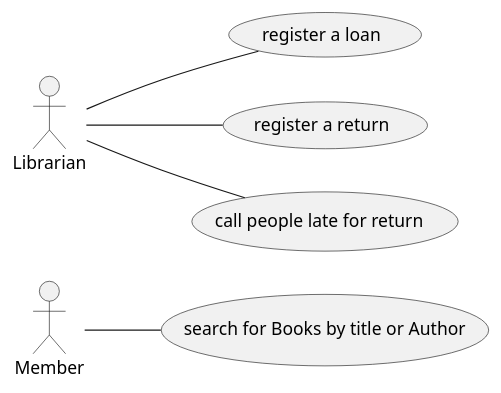
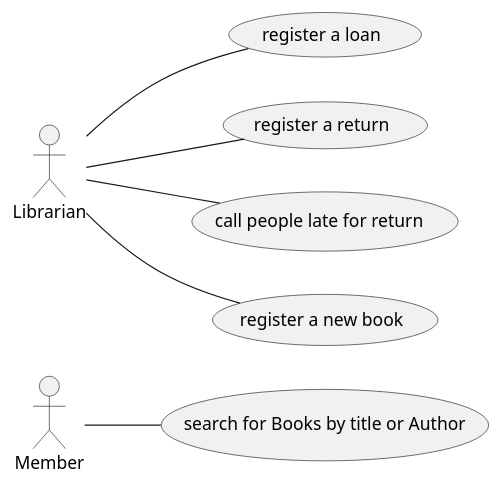
One commit to argoste/meucci changed the first of 10 diagrams in data_model/meucci_gamma.md. Above: the diagram before and after it, drawn with PlantUML. The commit also changed other lines of this file and 10 other files, not shown here.

Commit message:
Simpler data model (partial. Created Table Schema (partial).

````diff
--- a/data_model/meucci_gamma.md
+++ b/data_model/meucci_gamma.md
@@ -39,9 +51,10 @@
 ```plantuml
 left to right direction
 :Member: as a1
 :Librarian: as a2
 a1 --(search for Books by title or Author)
 a2 --(register a loan)
 a2 -- (register a return)
 a2 --(call people late for return )
+a2 -- (register a new book)
 ```
````
